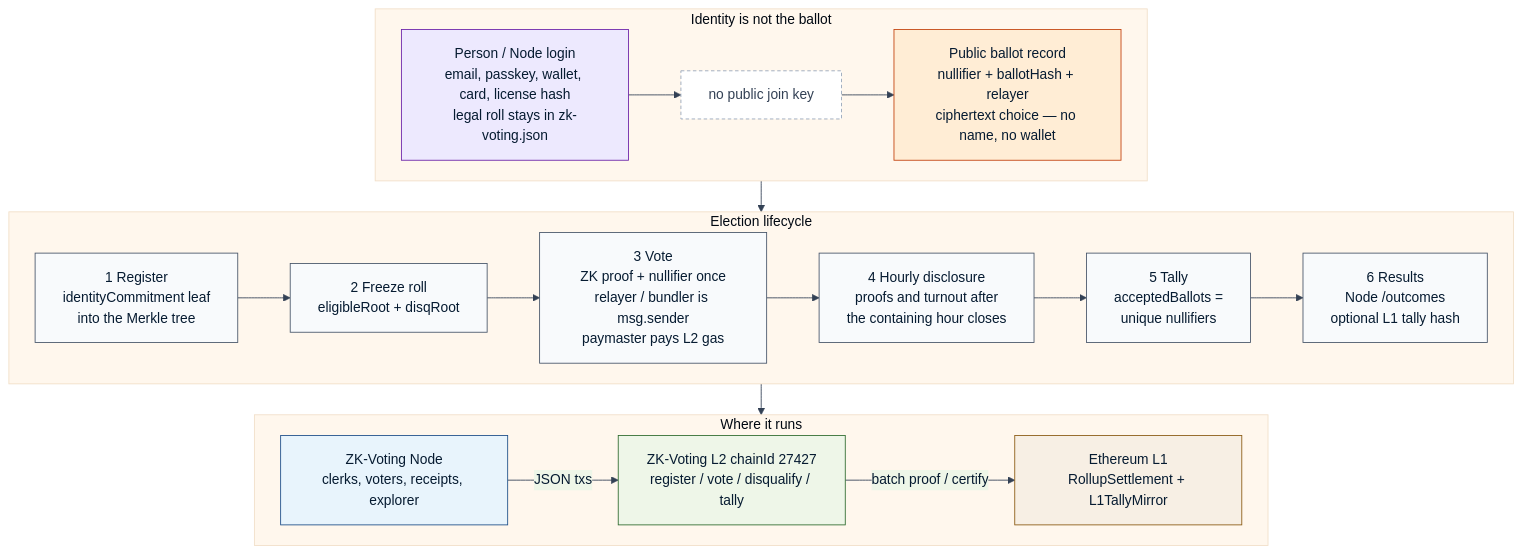
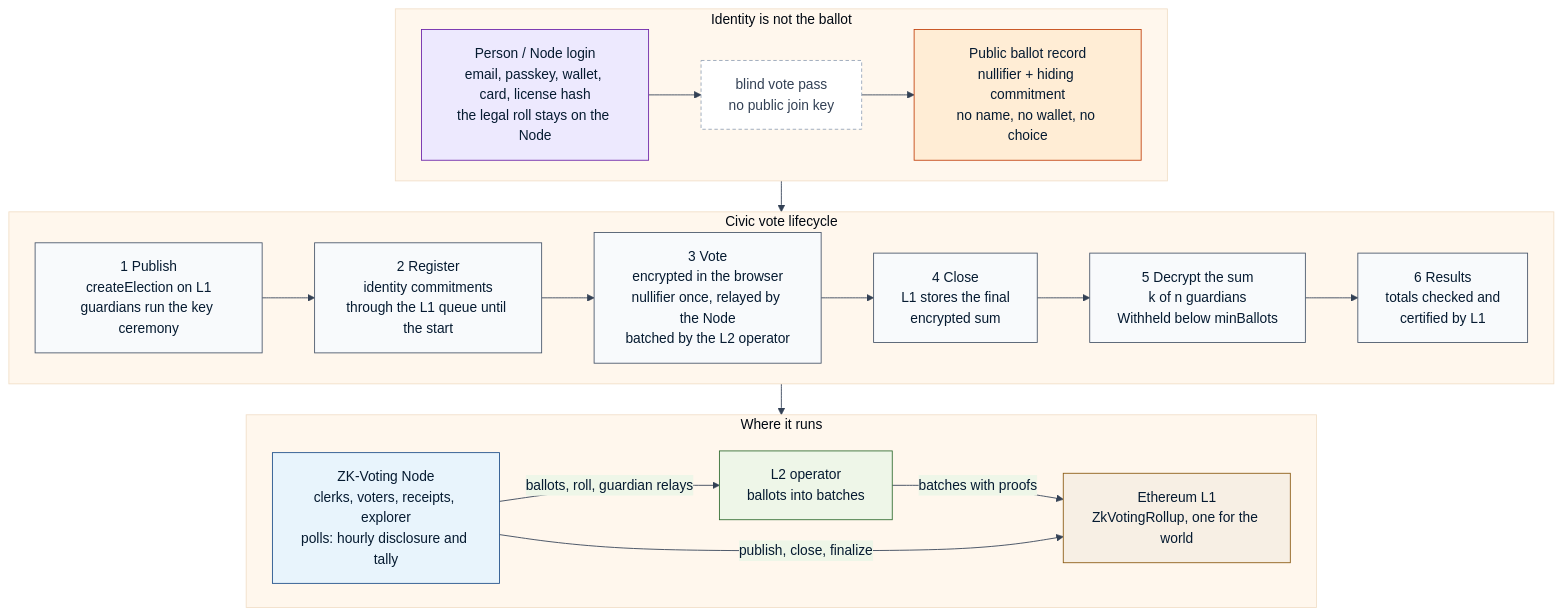
The diagram in voting_node/docs/diagrams/election-workflow.mmd (mrabino1/zk-voting), drawn with Mermaid before and after one commit. The commit also changed 18 other files, not shown here.

Commit message:
Docs: privacy brief, passkeys, polls, explorer, auditor, circuits and contributing for the rollup; re-render the workflow diagram. Back office: picker names the contest kind; hidden hint stays hidden.

```diff
--- a/voting_node/docs/diagrams/election-workflow.mmd
+++ b/voting_node/docs/diagrams/election-workflow.mmd
@@ -1,64 +1,65 @@
 %% NOT FOR PROFIT — civic public good, not a commercial product.
 %% ZK-Voting — informational election workflow.
 %% Render: npm run docs:workflow
 %% Output: docs/images/election-workflow.png
 %%{init: {
   "theme": "base",
   "themeVariables": {
     "primaryColor": "#e8f4fc",
     "primaryTextColor": "#061b31",
     "primaryBorderColor": "#1d4e89",
     "lineColor": "#334155",
     "secondaryColor": "#eef6e8",
     "tertiaryColor": "#fff7ed",
     "fontFamily": "ui-sans-serif, system-ui, sans-serif",
     "fontSize": "16px"
   },
   "flowchart": { "htmlLabels": true, "curve": "basis", "padding": 16, "nodeSpacing": 28, "rankSpacing": 36 }
 }}%%
 flowchart TB
   classDef person fill:#ede9fe,stroke:#6b21a8,color:#061b31
   classDef ballot fill:#ffedd5,stroke:#c2410c,color:#061b31
   classDef node fill:#e8f4fc,stroke:#1d4e89,color:#061b31
   classDef l2 fill:#eef6e8,stroke:#2f6b2f,color:#061b31
   classDef l1 fill:#f7efe4,stroke:#8a5a12,color:#061b31
   classDef step fill:#f8fafc,stroke:#475569,color:#061b31
   classDef join fill:#ffffff,stroke:#94a3b8,color:#334155,stroke-dasharray: 4 3
 
   subgraph Split["Identity is not the ballot"]
     direction LR
-    Person["Person / Node login<br/>email, passkey, wallet, card, license hash<br/>legal roll stays in zk-voting.json"]
-    Gap["no public join key"]
-    PublicBallot["Public ballot record<br/>nullifier + ballotHash + relayer<br/>ciphertext choice — no name, no wallet"]
+    Person["Person / Node login<br/>email, passkey, wallet, card, license hash<br/>the legal roll stays on the Node"]
+    Gap["blind vote pass<br/>no public join key"]
+    PublicBallot["Public ballot record<br/>nullifier + hiding commitment<br/>no name, no wallet, no choice"]
     Person --> Gap --> PublicBallot
   end
 
-  subgraph Life["Election lifecycle"]
+  subgraph Life["Civic vote lifecycle"]
     direction LR
-    Register["1 Register<br/>identityCommitment leaf<br/>into the Merkle tree"]
-    Freeze["2 Freeze roll<br/>eligibleRoot + disqRoot"]
-    Vote["3 Vote<br/>ZK proof + nullifier once<br/>relayer / bundler is msg.sender<br/>paymaster pays L2 gas"]
-    Hour["4 Hourly disclosure<br/>proofs and turnout after<br/>the containing hour closes"]
-    Tally["5 Tally<br/>acceptedBallots =<br/>unique nullifiers"]
-    Results["6 Results<br/>Node /outcomes<br/>optional L1 tally hash"]
-    Register --> Freeze --> Vote --> Hour --> Tally --> Results
+    Publish["1 Publish<br/>createElection on L1<br/>guardians run the key ceremony"]
+    Register["2 Register<br/>identity commitments<br/>through the L1 queue until the start"]
+    Vote["3 Vote<br/>encrypted in the browser<br/>nullifier once, relayed by the Node<br/>batched by the L2 operator"]
+    Close["4 Close<br/>L1 stores the final<br/>encrypted sum"]
+    Decrypt["5 Decrypt the sum<br/>k of n guardians<br/>Withheld below minBallots"]
+    Results["6 Results<br/>totals checked and<br/>certified by L1"]
+    Publish --> Register --> Vote --> Close --> Decrypt --> Results
   end
 
   subgraph Layers["Where it runs"]
     direction LR
-    Node["ZK-Voting Node<br/>clerks, voters, receipts, explorer"]
-    L2["ZK-Voting L2 chainId 27427<br/>register / vote / disqualify / tally"]
-    L1["Ethereum L1<br/>RollupSettlement + L1TallyMirror"]
-    Node -->|"JSON txs"| L2
-    L2 -->|"batch proof / certify"| L1
+    Node["ZK-Voting Node<br/>clerks, voters, receipts, explorer<br/>polls: hourly disclosure and tally"]
+    L2["L2 operator<br/>ballots into batches"]
+    L1["Ethereum L1<br/>ZkVotingRollup, one for the world"]
+    Node -->|"ballots, roll, guardian relays"| L2
+    L2 -->|"batches with proofs"| L1
+    Node -->|"publish, close, finalize"| L1
   end
 
   Split --> Life --> Layers
 
   class Person person
   class PublicBallot ballot
   class Gap join
-  class Register,Freeze,Vote,Hour,Tally,Results step
+  class Publish,Register,Vote,Close,Decrypt,Results step
   class Node node
   class L2 l2
   class L1 l1
```
